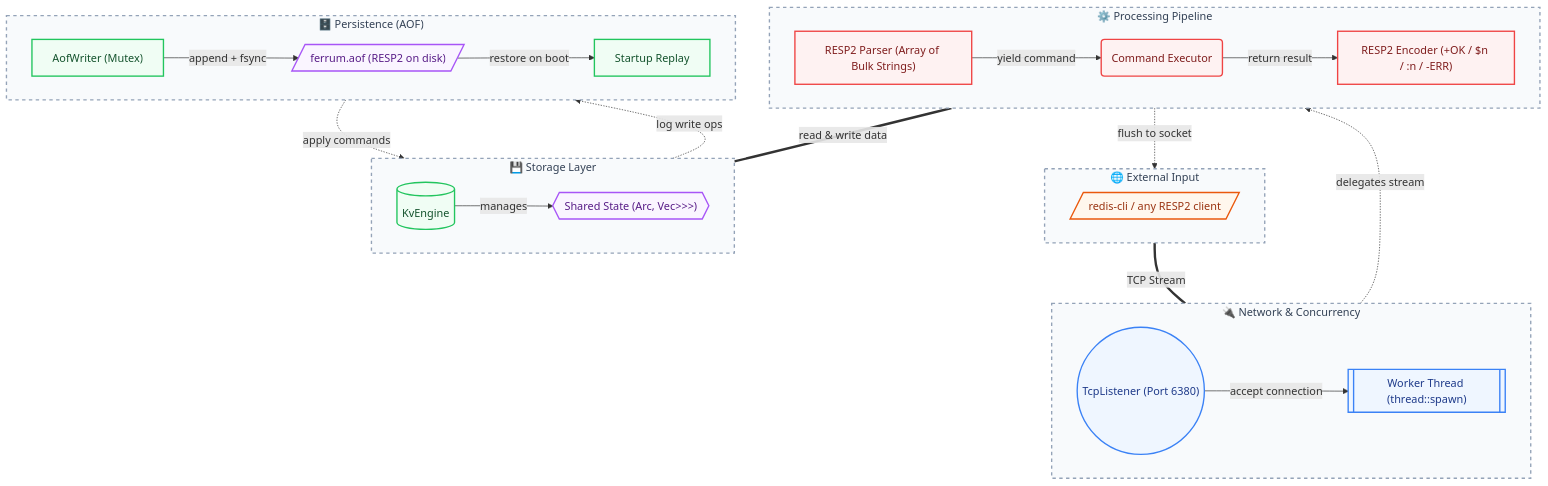
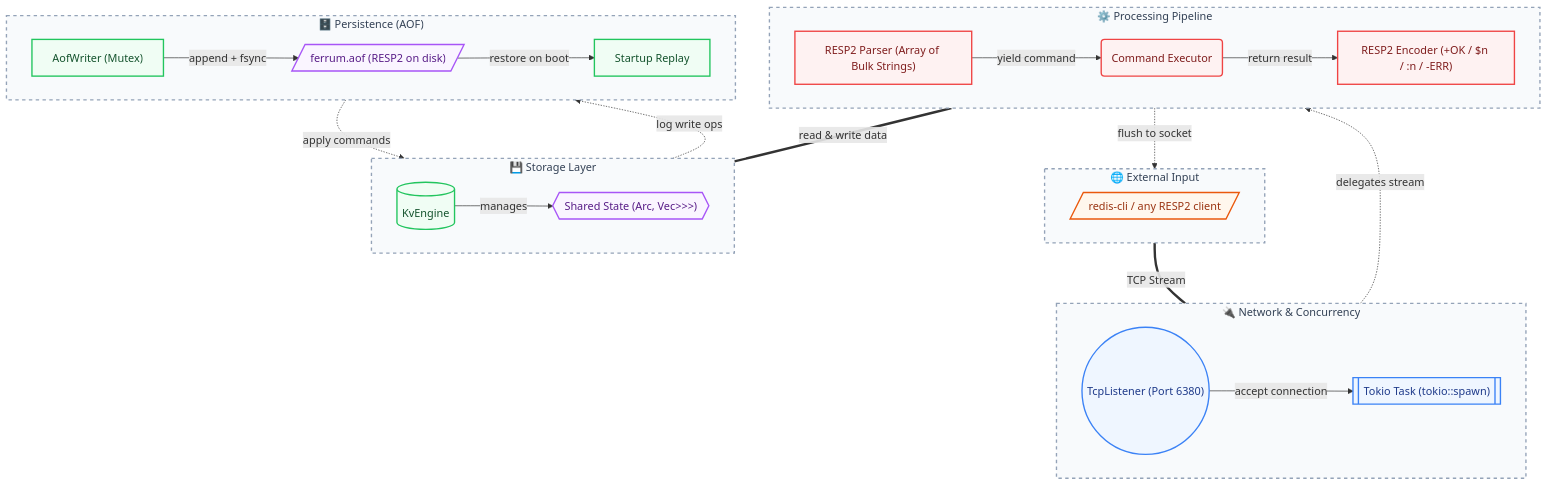
One commit to phaethix/ferrum-kv changed the diagram in README.md. Above: the diagram before and after it, drawn with Mermaid. The commit also changed other lines of this file, not shown here.

````diff
--- a/README.md
+++ b/README.md
@@ -10,72 +10,72 @@
 ```mermaid
 flowchart TB
     %% 1. Global Tailwind Colors
     classDef runtime fill:#f8fafc,stroke:#94a3b8,stroke-width:2px,color:#334155,stroke-dasharray: 5 5
     classDef engine fill:#eff6ff,stroke:#3b82f6,stroke-width:2px,color:#1e3a8a
     classDef entity fill:#fef2f2,stroke:#ef4444,stroke-width:2px,color:#7f1d1d
     classDef resource fill:#f0fdf4,stroke:#22c55e,stroke-width:2px,color:#14532d
     classDef config fill:#faf5ff,stroke:#a855f7,stroke-width:2px,color:#581c87
     classDef ext fill:#fff7ed,stroke:#ea580c,stroke-width:2px,color:#9a3412
 
     %% 2. External Clients
     subgraph ClientLayer ["🌐 External Input"]
         direction LR
         Client[/"redis-cli / any RESP2 client"/]
     end
 
     %% 3. Network & Concurrency
     subgraph NetLayer ["🔌 Network & Concurrency"]
         direction LR
         Listener(("TcpListener (Port 6380)"))
-        WorkerThread[["Worker Thread (thread::spawn)"]]
+        WorkerThread[["Tokio Task (tokio::spawn)"]]
 
         Listener -->|"accept connection"| WorkerThread
     end
 
     %% 4. Command Processing Pipeline
     subgraph ProcessLayer ["⚙️ Processing Pipeline"]
         direction LR
         Parser["RESP2 Parser (Array of Bulk Strings)"]
         Exec("Command Executor")
         Encoder["RESP2 Encoder (+OK / $n / :n / -ERR)"]
 
         Parser -->|"yield command"| Exec
         Exec -->|"return result"| Encoder
     end
 
     %% 5. Storage Engine
     subgraph StoreLayer ["💾 Storage Layer"]
         direction LR
         Engine[("KvEngine")]
         State{{"Shared State (Arc<RwLock<HashMap<Vec<u8>, Vec<u8>>>>)"}}
 
         Engine -->|"manages"| State
     end
 
     %% 6. Persistence Layer
     subgraph PersistLayer ["🗄️ Persistence (AOF)"]
         direction LR
         AofWriter["AofWriter (Mutex<File>)"]
         AofFile[/"ferrum.aof (RESP2 on disk)"/]
         Replay["Startup Replay"]
 
         AofWriter -->|"append + fsync"| AofFile
         AofFile -->|"restore on boot"| Replay
     end
 
     %% 7. Cross-System Data Flow
     ClientLayer == "TCP Stream" === NetLayer
     WorkerThread -.->|"delegates stream"| ProcessLayer
     ProcessLayer == "read & write data" === StoreLayer
     StoreLayer -.->|"log write ops"| PersistLayer
     Replay -.->|"apply commands"| Engine
     Encoder -.->|"flush to socket"| Client
 
     %% 8. Apply Styles
     class ClientLayer,NetLayer,ProcessLayer,StoreLayer,PersistLayer runtime
     class Client ext
     class Listener,WorkerThread engine
     class Parser,Exec,Encoder entity
     class Engine,AofWriter,Replay resource
     class State,AofFile config
 ```
````
